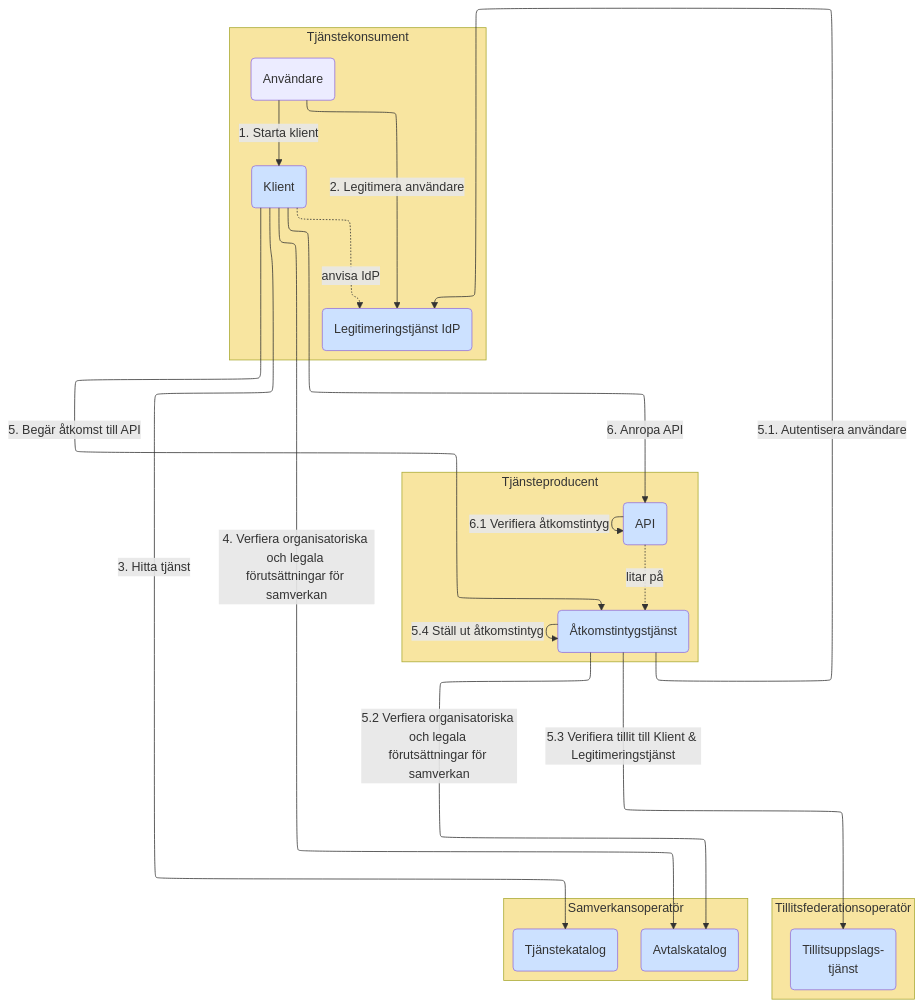
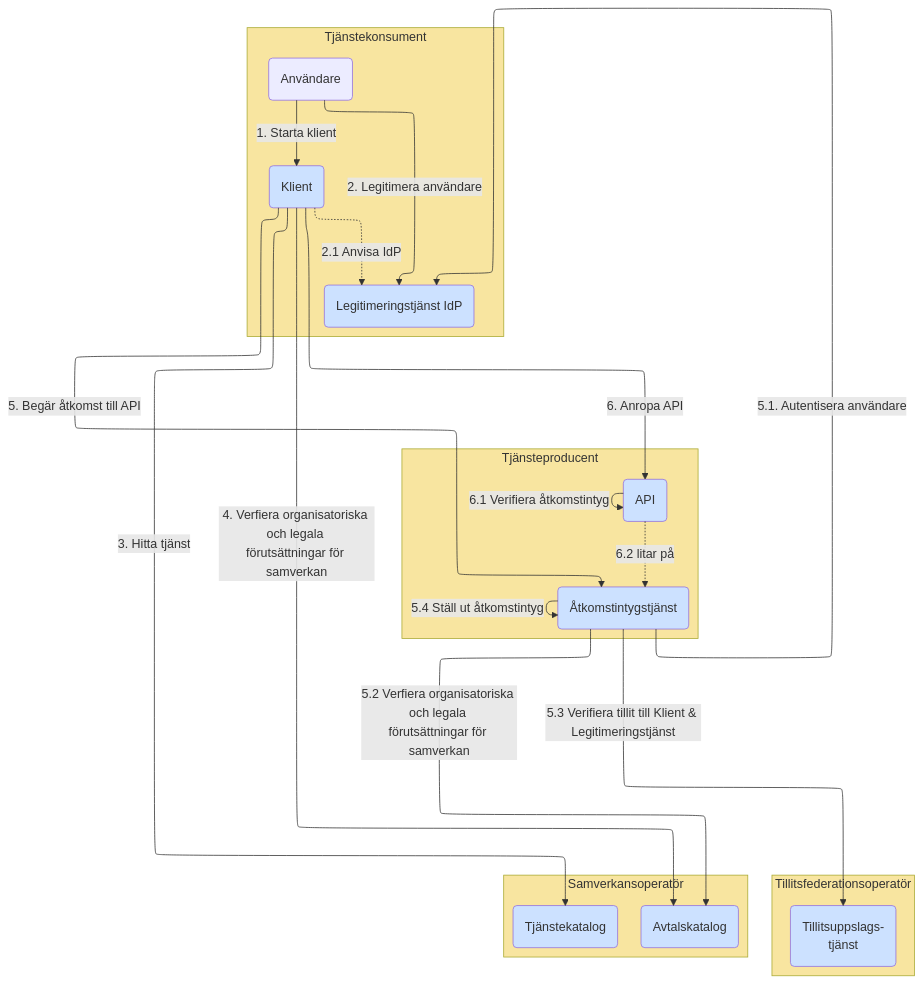
Before and after one commit to diggsweden/ena-authorization: the fourth of 9 diagrams in architecture/drafts/IAM_TargetArchitecture_Sweden.md, drawn with Mermaid. The commit also changed other lines of this file, not shown here.

````diff
--- a/architecture/drafts/IAM_TargetArchitecture_Sweden.md
+++ b/architecture/drafts/IAM_TargetArchitecture_Sweden.md
@@ -165,46 +165,46 @@
 ```mermaid
 %%{init: {"flowchart": {"defaultRenderer": "elk"}} }%%
 graph 
 classDef org fill:#F8E5A0
 classDef comp fill:#CCE1FF
 classDef box fill:#ffffff,stroke:#000000
 
 subgraph po[Tjänsteproducent]
     p(API):::comp
     as(Åtkomstintygstjänst):::comp
 end
 po:::org
 
 subgraph ss[Tillitsfederationsoperatör]
     t(Tillitsuppslags-<br>tjänst):::comp
 end
 ss:::org
 
 subgraph so[Samverkansoperatör]
     tk(Tjänstekatalog):::comp
     ak(Avtalskatalog):::comp
 end
 so:::org
 
 subgraph co[Tjänstekonsument]
     idp(Legitimeringstjänst IdP):::comp
     u(Användare)
     c(Klient):::comp
 end
 co:::org
 co & po~~~so & ss
 
 u--<p>1. Starta klient-->c
 u--<p>2. Legitimera användare-->idp
-c-.anvisa IdP.->idp
+c-.2#46;1 Anvisa IdP.->idp
 c--<p>3. Hitta tjänst-->tk
 c--<p>4. Verfiera organisatoriska och legala <br>förutsättningar för samverkan-->ak
 c--<p>5. Begär åtkomst till API-->as
 as--<p>5.1. Autentisera användare-->idp 
 as--<p>5.2 Verfiera organisatoriska och legala <br>förutsättningar för samverkan-->ak
 as--<p>5.3 Verifiera tillit till Klient & Legitimeringstjänst-->t
 as--<p>5.4 Ställ ut åtkomstintyg-->as
 c--<p>6. Anropa API-->p
 p--<p>6.1 Verifiera åtkomstintyg-->p
-p-.litar på.->as
+p-.6#46;2 litar på.->as
 ```
````
